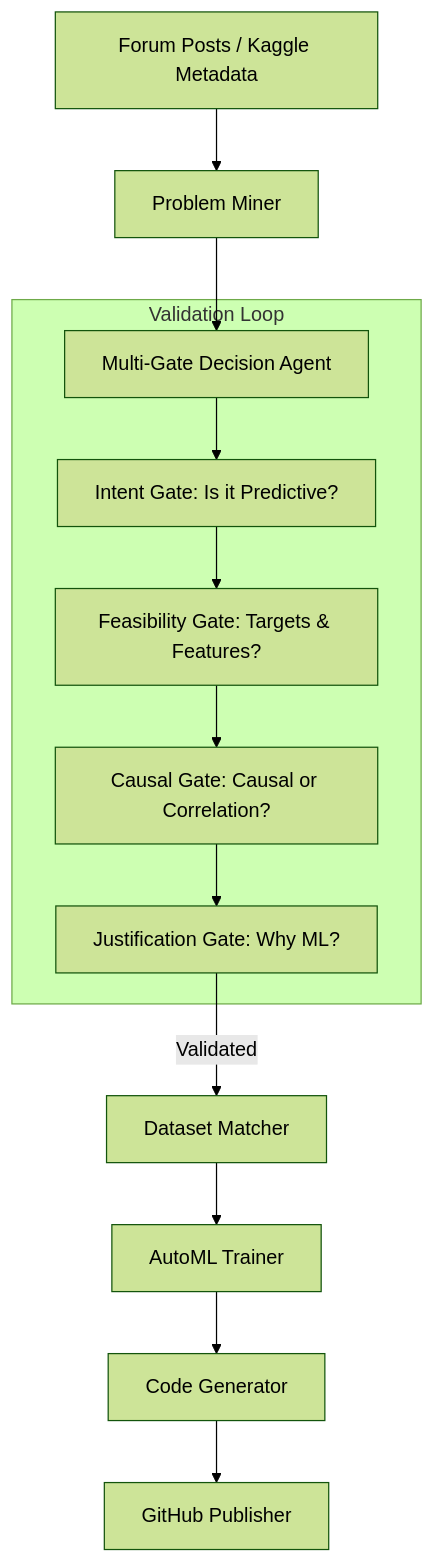
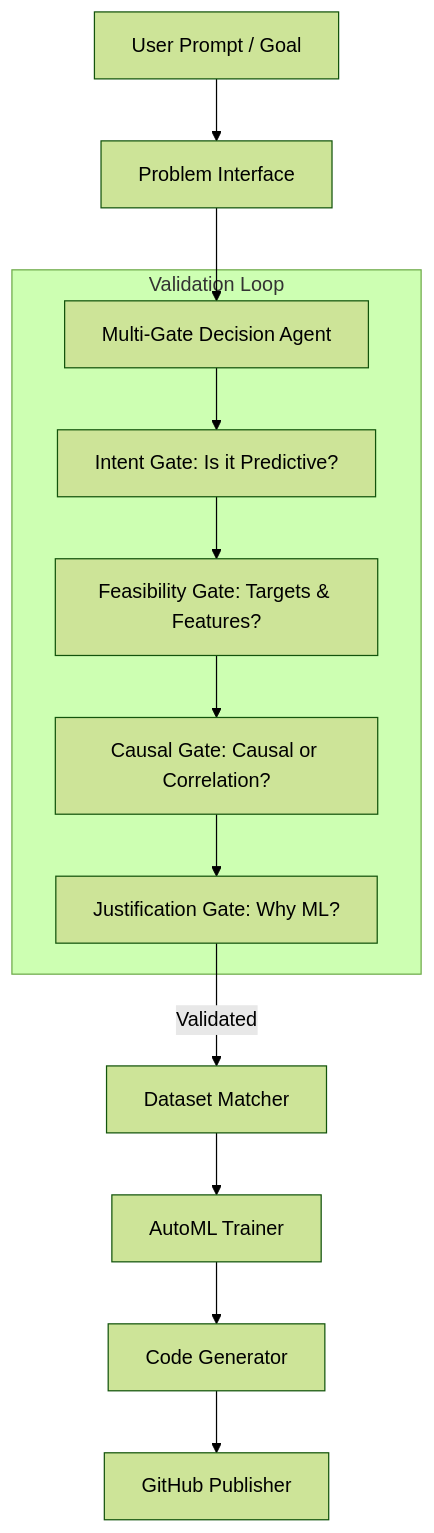
Before and after one commit to Punyamittal/automl: the diagram in Autonomous_ML_Automation_Pipeline_Research.md, drawn with Mermaid (forest theme). The commit also changed other lines of this file, not shown here.

````diff
--- a/Autonomous_ML_Automation_Pipeline_Research.md
+++ b/Autonomous_ML_Automation_Pipeline_Research.md
@@ -49,15 +49,15 @@
 ```mermaid
 graph TD
-    Input[Forum Posts / Kaggle Metadata] --> Miner[Problem Miner]
-    Miner --> Agent[Multi-Gate Decision Agent]
+    Input[User Prompt / Goal] --> Interface[Problem Interface]
+    Interface --> Agent[Multi-Gate Decision Agent]
     subgraph "Validation Loop"
         Agent --> G1[Intent Gate: Is it Predictive?]
         G1 --> G2[Feasibility Gate: Targets & Features?]
         G2 --> G3[Causal Gate: Causal or Correlation?]
         G3 --> G4[Justification Gate: Why ML?]
     end
     G4 -->|Validated| Matcher[Dataset Matcher]
     Matcher --> Trainer[AutoML Trainer]
     Trainer --> Generator[Code Generator]
     Generator --> GitHub[GitHub Publisher]
 ```
````
